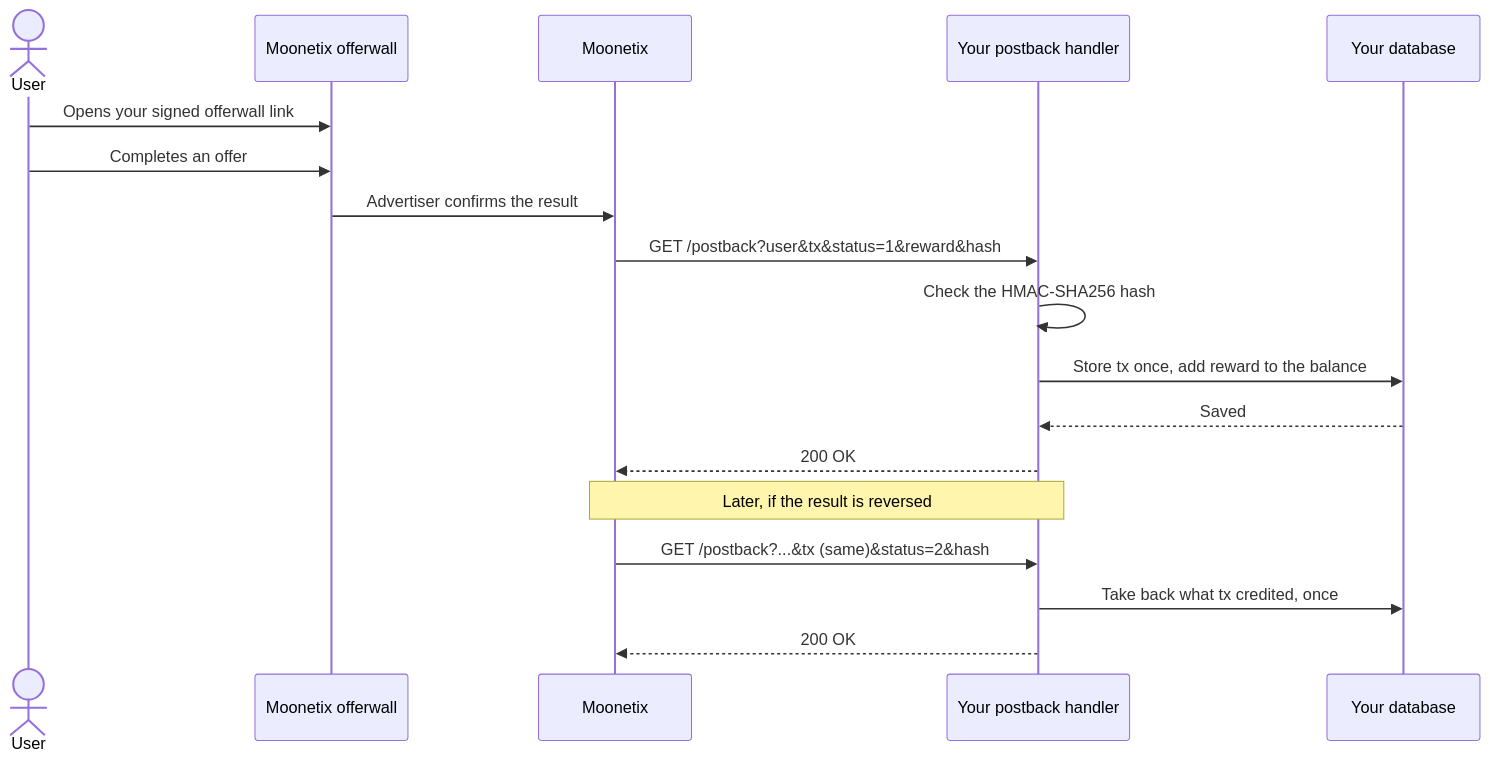
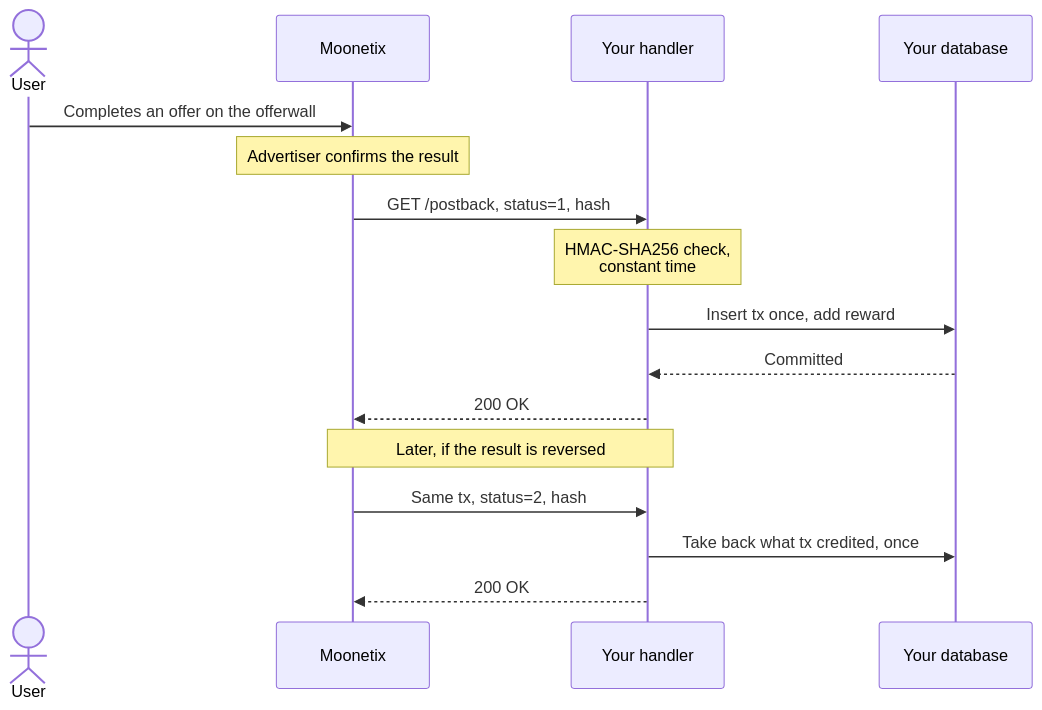
One commit to moonetix/offerwall-postback-handlers changed the diagram in README.md. Above: the diagram before and after it, drawn with Mermaid. The commit also changed other lines of this file, not shown here.

Commit message:
Document configuration, failure answers and an outside check

````diff
--- a/README.md
+++ b/README.md
@@ -84,21 +102,19 @@
 ```mermaid
 sequenceDiagram
     actor User
-    participant Wall as Moonetix offerwall
-    participant Moonetix
-    participant Handler as Your postback handler
+    participant M as Moonetix
+    participant H as Your handler
     participant DB as Your database
 
-    User->>Wall: Opens your signed offerwall link
-    User->>Wall: Completes an offer
-    Wall->>Moonetix: Advertiser confirms the result
-    Moonetix->>Handler: GET /postback?user&tx&status=1&reward&hash
-    Handler->>Handler: Check the HMAC-SHA256 hash
-    Handler->>DB: Store tx once, add reward to the balance
-    DB-->>Handler: Saved
-    Handler-->>Moonetix: 200 OK
-    Note over Moonetix,Handler: Later, if the result is reversed
-    Moonetix->>Handler: GET /postback?...&tx (same)&status=2&hash
-    Handler->>DB: Take back what tx credited, once
-    Handler-->>Moonetix: 200 OK
+    User->>M: Completes an offer on the offerwall
+    Note over M: Advertiser confirms the result
+    M->>H: GET /postback, status=1, hash
+    Note over H: HMAC-SHA256 check,<br/>constant time
+    H->>DB: Insert tx once, add reward
+    DB-->>H: Committed
+    H-->>M: 200 OK
+    Note over M,H: Later, if the result is reversed
+    M->>H: Same tx, status=2, hash
+    H->>DB: Take back what tx credited, once
+    H-->>M: 200 OK
 ```
````
